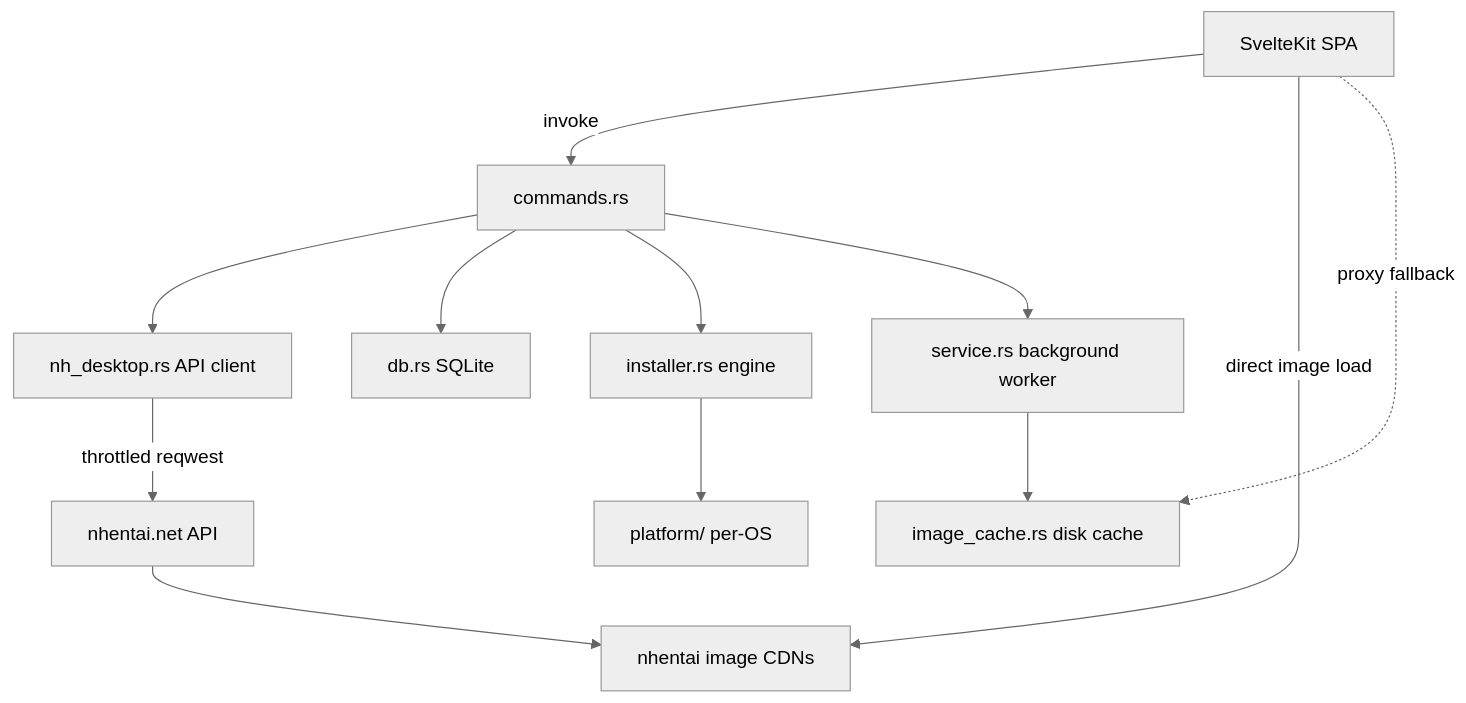
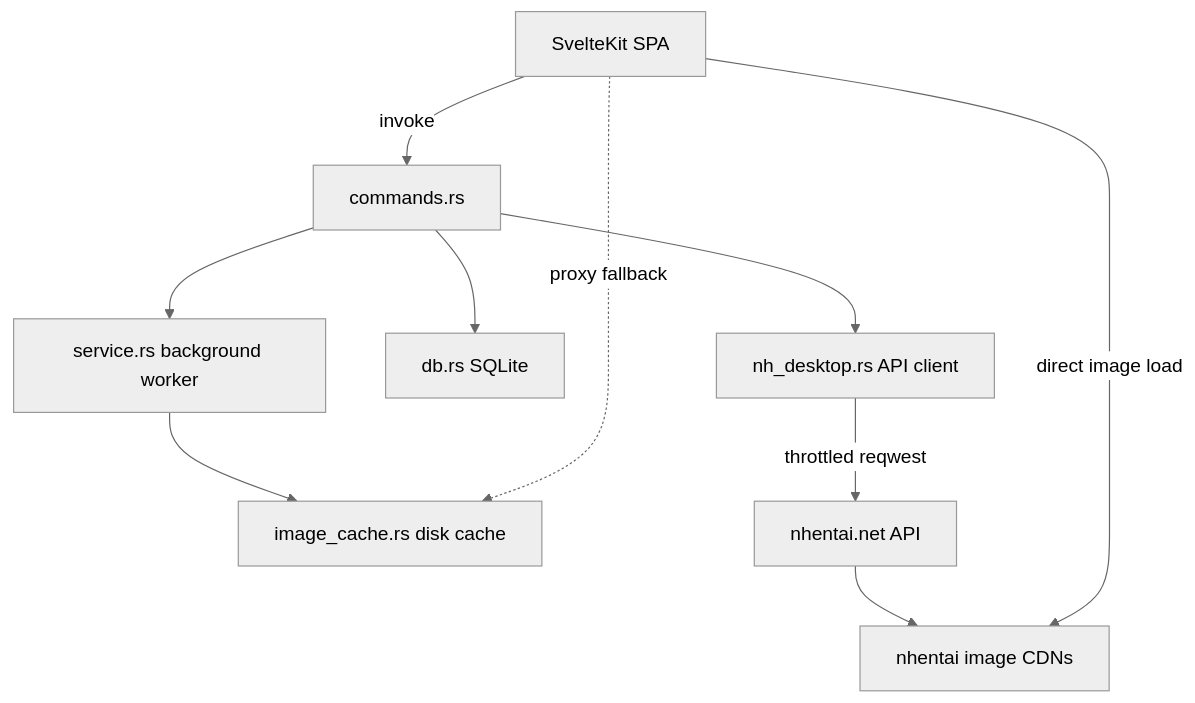
The diagram in README.md (HELIX-Origin/NH-Reader), drawn with Mermaid (neutral theme) before and after one commit. The commit also changed other lines of this file and 107 other files, not shown here.

````diff
--- a/README.md
+++ b/README.md
@@ -90,14 +81,12 @@
 ```mermaid
 flowchart TD
     A[SvelteKit SPA] -->|"invoke"| B[commands.rs]
     B --> C[nh_desktop.rs API client]
     B --> D[db.rs SQLite]
-    B --> E[installer.rs engine]
     B --> S[service.rs background worker]
     S --> K[image_cache.rs disk cache]
     C -->|"throttled reqwest"| F[nhentai.net API]
     F --> G[nhentai image CDNs]
     A -->|"direct image load"| G
     A -.->|"proxy fallback"| K
-    E --> H[platform/ per-OS]
 ```
````
